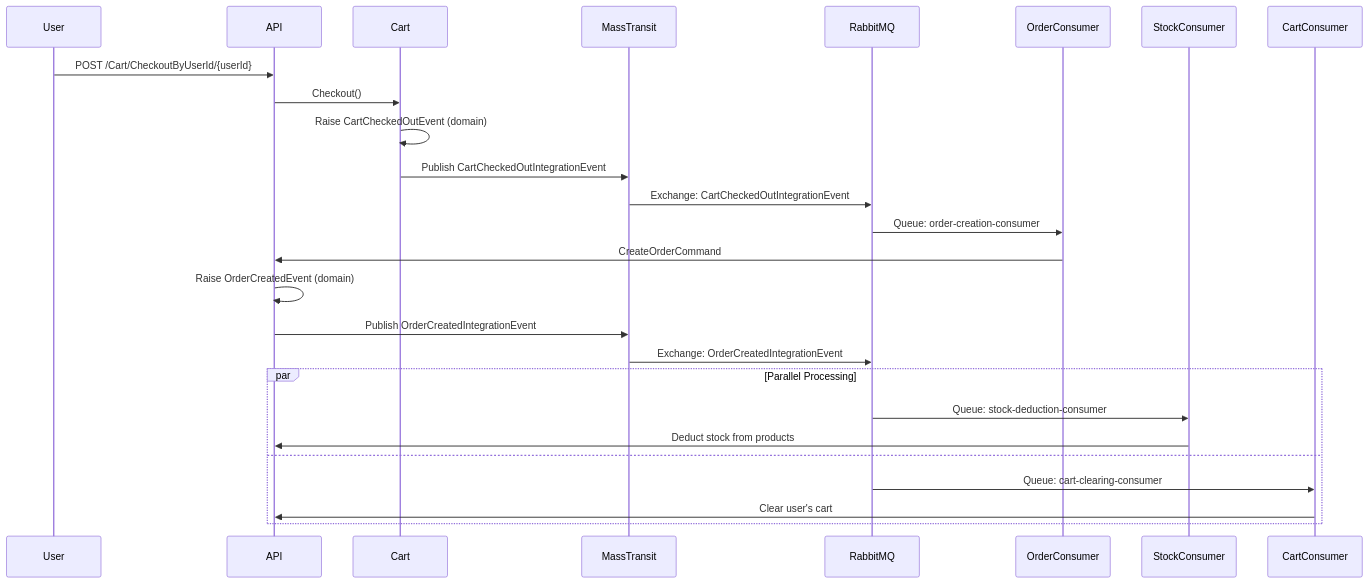
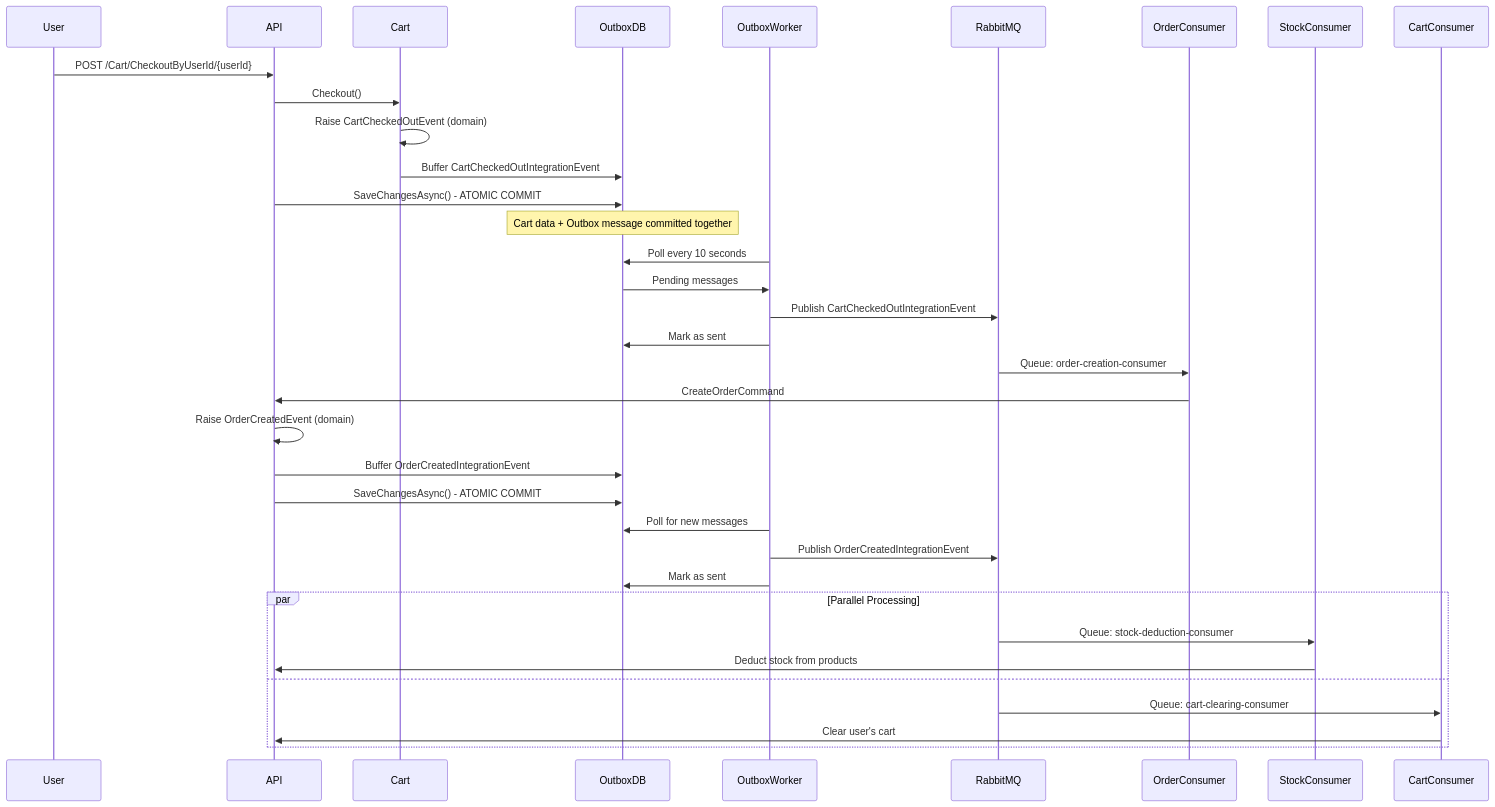
One commit to A7medEmbaby/ProductManagementAPI changed the diagram in README.md. Above: the diagram before and after it, drawn with Mermaid. The commit also changed other lines of this file and 11 other files, not shown here.

Commit message:
MassTransit Outbox Pattern Implementation

````diff
--- a/README.md
+++ b/README.md
@@ -275,30 +299,42 @@
 ```mermaid
 sequenceDiagram
     participant User
     participant API
     participant Cart
-    participant MassTransit
+    participant OutboxDB
+    participant OutboxWorker
     participant RabbitMQ
     participant OrderConsumer
     participant StockConsumer
     participant CartConsumer
 
     User->>API: POST /Cart/CheckoutByUserId/{userId}
     API->>Cart: Checkout()
     Cart->>Cart: Raise CartCheckedOutEvent (domain)
-    Cart->>MassTransit: Publish CartCheckedOutIntegrationEvent
-    MassTransit->>RabbitMQ: Exchange: CartCheckedOutIntegrationEvent
+    Cart->>OutboxDB: Buffer CartCheckedOutIntegrationEvent
+    API->>OutboxDB: SaveChangesAsync() - ATOMIC COMMIT
+    Note over OutboxDB: Cart data + Outbox message committed together
+
+    OutboxWorker->>OutboxDB: Poll every 10 seconds
+    OutboxDB->>OutboxWorker: Pending messages
+    OutboxWorker->>RabbitMQ: Publish CartCheckedOutIntegrationEvent
+    OutboxWorker->>OutboxDB: Mark as sent
+
     RabbitMQ->>OrderConsumer: Queue: order-creation-consumer
     OrderConsumer->>API: CreateOrderCommand
     API->>API: Raise OrderCreatedEvent (domain)
-    API->>MassTransit: Publish OrderCreatedIntegrationEvent
-    MassTransit->>RabbitMQ: Exchange: OrderCreatedIntegrationEvent
+    API->>OutboxDB: Buffer OrderCreatedIntegrationEvent
+    API->>OutboxDB: SaveChangesAsync() - ATOMIC COMMIT
+
+    OutboxWorker->>OutboxDB: Poll for new messages
+    OutboxWorker->>RabbitMQ: Publish OrderCreatedIntegrationEvent
+    OutboxWorker->>OutboxDB: Mark as sent
 
     par Parallel Processing
         RabbitMQ->>StockConsumer: Queue: stock-deduction-consumer
         StockConsumer->>API: Deduct stock from products
     and
         RabbitMQ->>CartConsumer: Queue: cart-clearing-consumer
         CartConsumer->>API: Clear user's cart
     end
 ```
````
